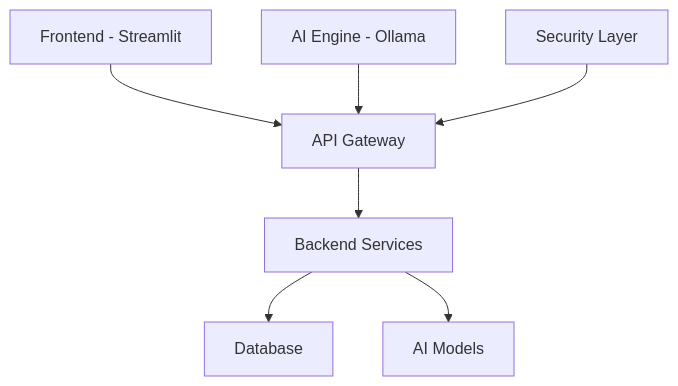
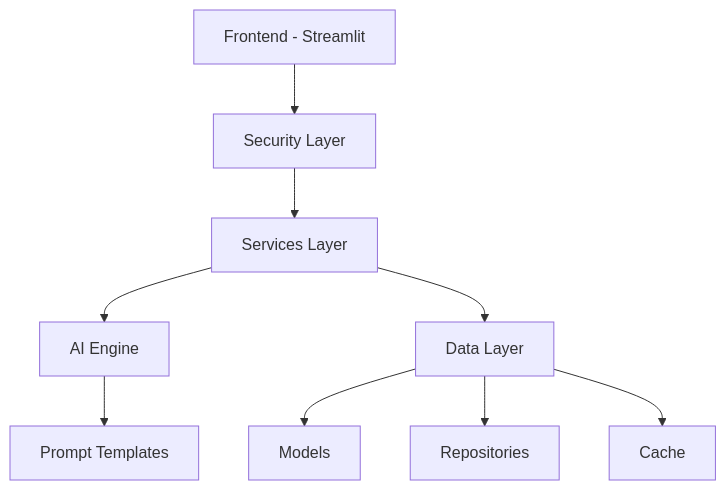
One commit to ImTani/safe-space changed the first of 2 diagrams in README.md. Above: the diagram before and after it, drawn with Mermaid. The commit also changed other lines of this file and 1 other file, not shown here.

````diff
--- a/README.md
+++ b/README.md
@@ -37,9 +37,11 @@
 ```mermaid
 graph TD
-    A[Frontend - Streamlit] --> D[API Gateway]
-    B[AI Engine - Ollama] --> D
-    C[Security Layer] --> D
-    D --> E[Backend Services]
-    E --> F[Database]
-    E --> G[AI Models]
+    A[Frontend - Streamlit] --> B[Security Layer]
+    B --> C[Services Layer]
+    C --> D[AI Engine]
+    C --> E[Data Layer]
+    D --> F[Prompt Templates]
+    E --> G[Models]
+    E --> H[Repositories]
+    E --> I[Cache]
 ```
````
